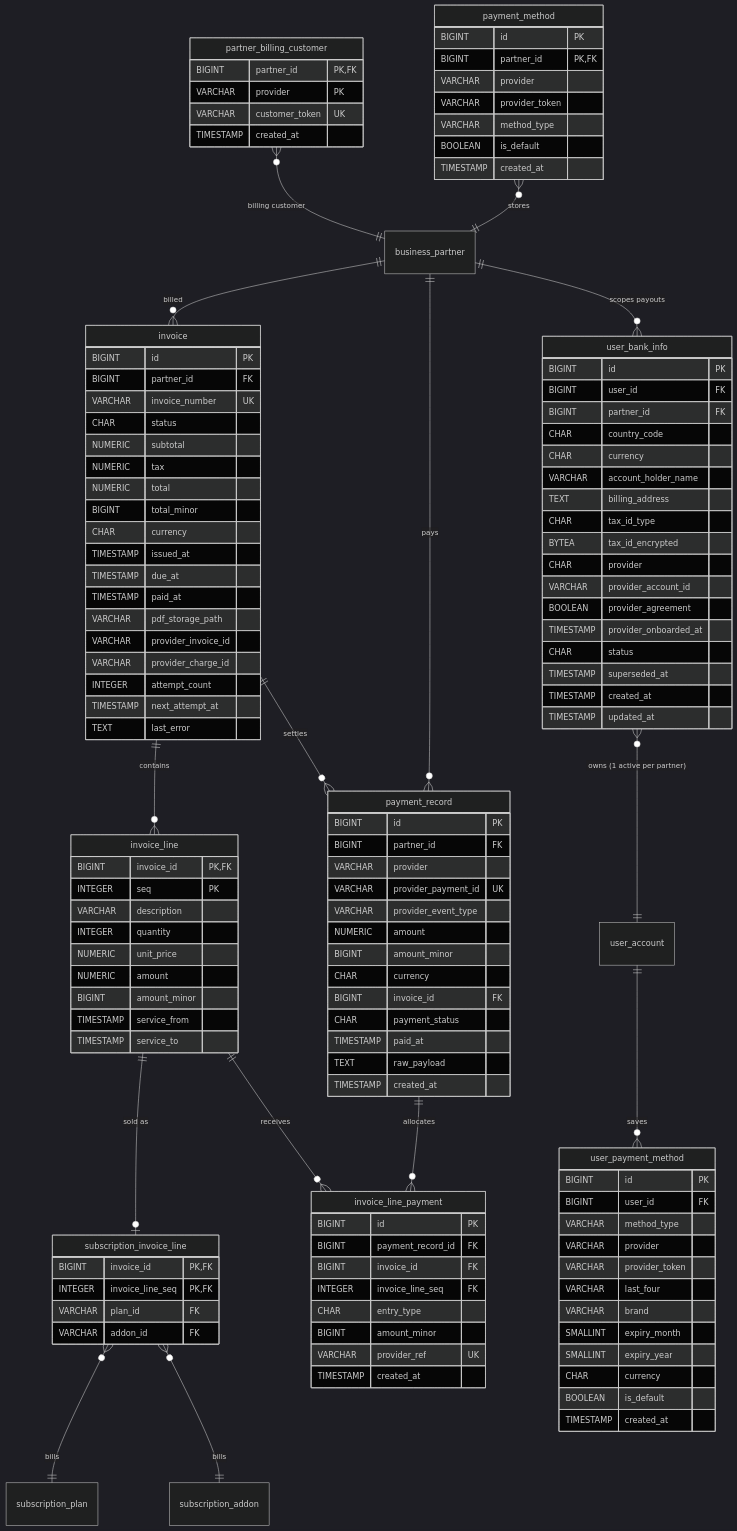
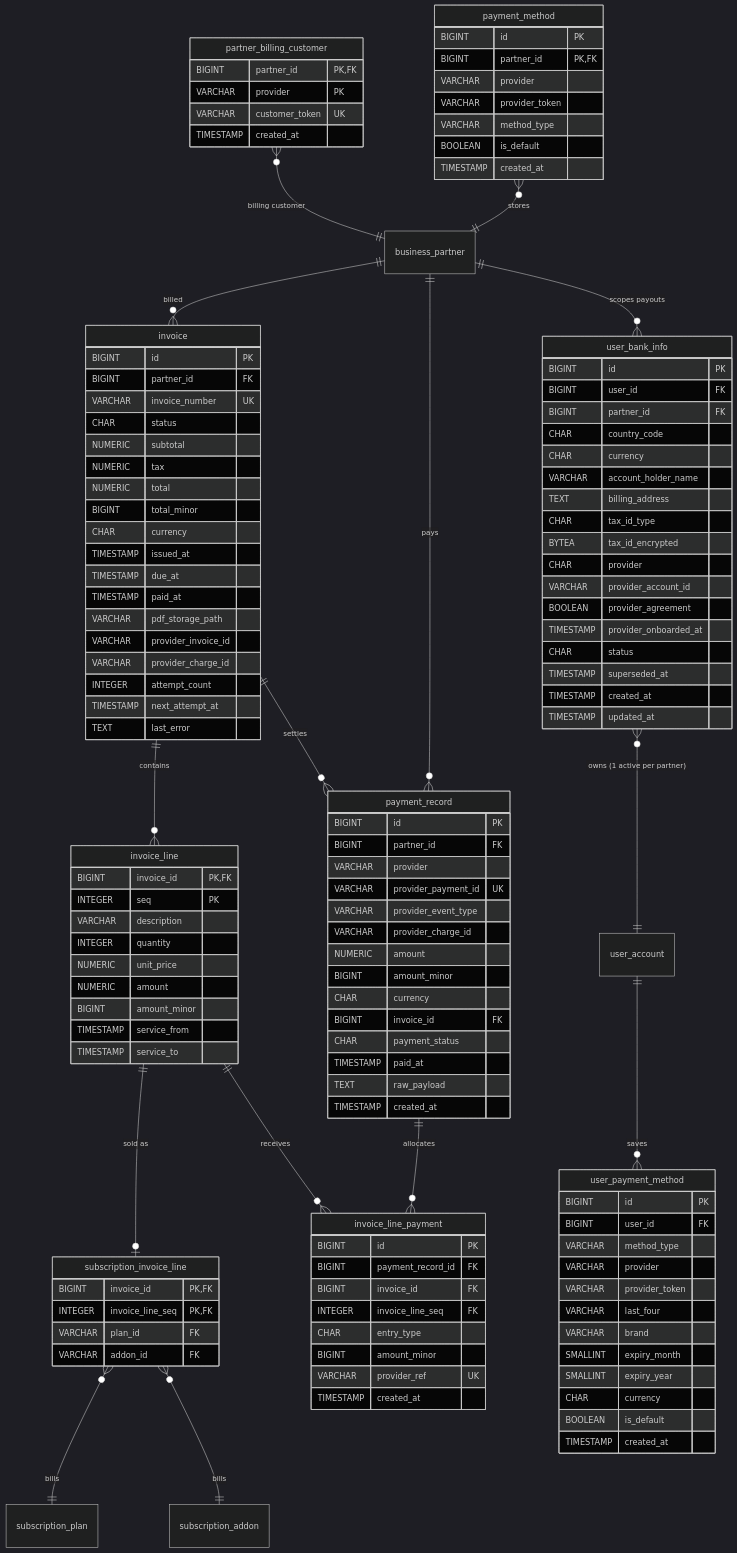
One commit to nauticana/keel changed diagram 13 of 14 in README.md. Above: the diagram before and after it, drawn with Mermaid (dark theme). The commit also changed other lines of this file and 19 other files, not shown here.

```diff
--- a/README.md
+++ b/README.md
@@ -2295,6 +2351,7 @@
         VARCHAR provider
         VARCHAR provider_payment_id UK
         VARCHAR provider_event_type
+        VARCHAR provider_charge_id
         NUMERIC amount
         BIGINT amount_minor
         CHAR currency
```
